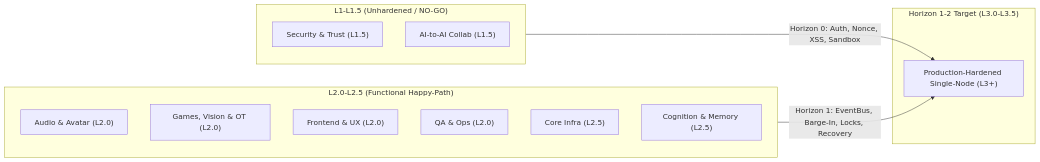
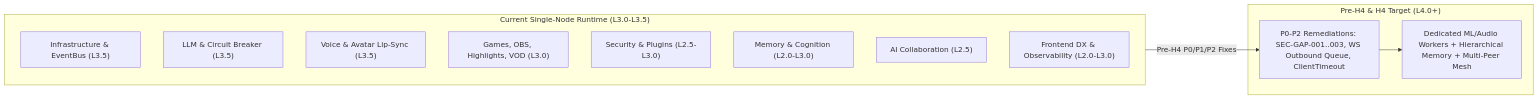
The diagram in strategy/CURRENT_STATE_ASSESSMENT.md (EvanHaaaaa/MaybeAI), drawn with Mermaid before and after one commit. The commit also changed other lines of this file and 37 other files, not shown here.

````diff
--- a/strategy/CURRENT_STATE_ASSESSMENT.md
+++ b/strategy/CURRENT_STATE_ASSESSMENT.md
@@ -37,21 +44,18 @@
 ```mermaid
 flowchart LR
-    subgraph L1["L1-L1.5 (Unhardened / NO-GO)"]
-        SEC["Security & Trust (L1.5)"]
-        COL["AI-to-AI Collab (L1.5)"]
+    subgraph Current["Current Single-Node Runtime (L3.0-L3.5)"]
+        INF["Infrastructure & EventBus (L3.5)"]
+        LLM["LLM & Circuit Breaker (L3.5)"]
+        AUD["Voice & Avatar Lip-Sync (L3.5)"]
+        GAM["Games, OBS, Highlights, VOD (L3.0)"]
+        SEC["Security & Plugins (L2.5-L3.0)"]
+        COG["Memory & Cognition (L2.0-L3.0)"]
+        COL["AI Collaboration (L2.5)"]
+        DX["Frontend DX & Observability (L2.0-L3.0)"]
     end
-    subgraph L2["L2.0-L2.5 (Functional Happy-Path)"]
-        AUD["Audio & Avatar (L2.0)"]
-        GAM["Games, Vision & OT (L2.0)"]
-        UX["Frontend & UX (L2.0)"]
-        QA["QA & Ops (L2.0)"]
-        INF["Core Infra (L2.5)"]
-        COG["Cognition & Memory (L2.5)"]
+    subgraph Target["Pre-H4 & H4 Target (L4.0+)"]
+        P0["P0-P2 Remediations: SEC-GAP-001..003, WS Outbound Queue, ClientTimeout"]
+        H4["Dedicated ML/Audio Workers + Hierarchical Memory + Multi-Peer Mesh"]
     end
-    subgraph Target["Horizon 1-2 Target (L3.0-L3.5)"]
-        L3["Production-Hardened Single-Node (L3+)"]
-    end
-
-    L1 -->|"Horizon 0: Auth, Nonce, XSS, Sandbox"| L3
-    L2 -->|"Horizon 1: EventBus, Barge-In, Locks, Recovery"| L3
+    Current -->|"Pre-H4 P0/P1/P2 Fixes"| P0 --> H4
 ```
````
